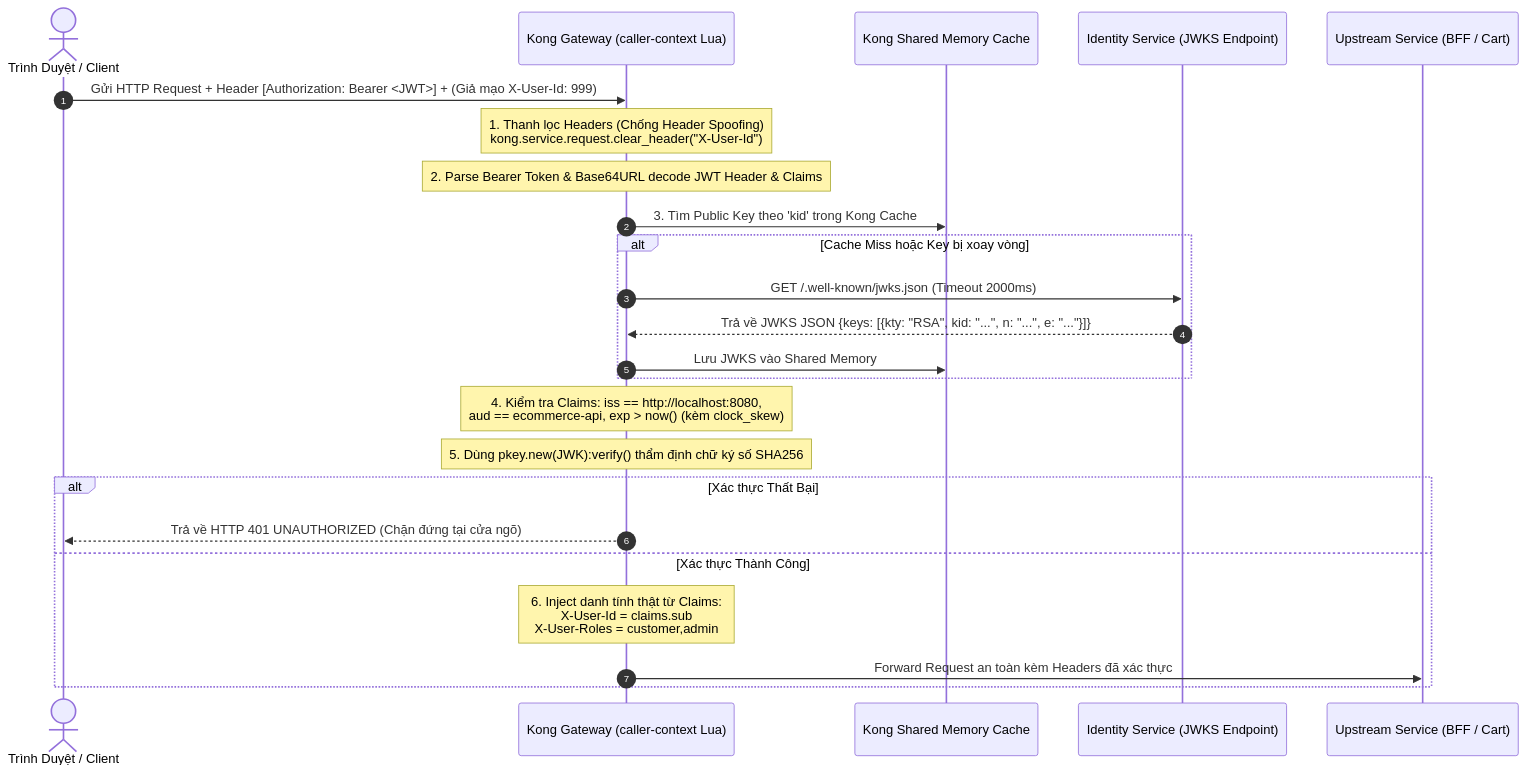
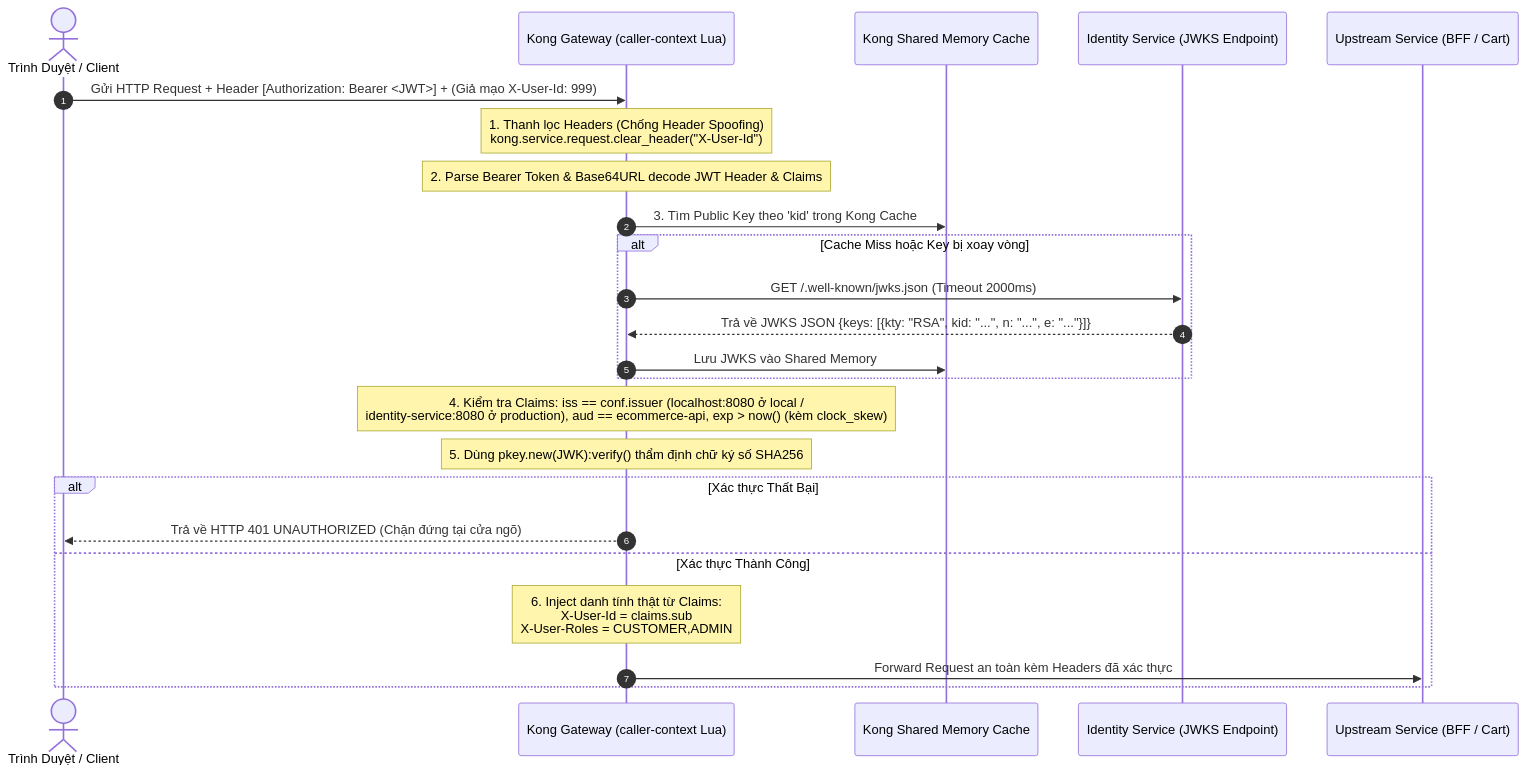
One commit to tuoitho/dreamshop changed the second of 4 diagrams in docs/architecture-evaluation/02-bao-mat-xac-thuc-va-api-gateway.md. Above: the diagram before and after it, drawn with Mermaid. The commit also changed other lines of this file and 40 other files, not shown here.

````diff
--- a/docs/architecture-evaluation/02-bao-mat-xac-thuc-va-api-gateway.md
+++ b/docs/architecture-evaluation/02-bao-mat-xac-thuc-va-api-gateway.md
@@ -45,27 +45,27 @@
 ```mermaid
 sequenceDiagram
     autonumber
     actor Client as Trình Duyệt / Client
     participant Kong as Kong Gateway (caller-context Lua)
     participant Cache as Kong Shared Memory Cache
     participant IdP as Identity Service (JWKS Endpoint)
     participant Upstream as Upstream Service (BFF / Cart)
 
     Client->>Kong: Gửi HTTP Request + Header [Authorization: Bearer <JWT>] + (Giả mạo X-User-Id: 999)
     Note over Kong: 1. Thanh lọc Headers (Chống Header Spoofing)<br/>kong.service.request.clear_header("X-User-Id")
     Note over Kong: 2. Parse Bearer Token & Base64URL decode JWT Header & Claims
     Kong->>Cache: 3. Tìm Public Key theo 'kid' trong Kong Cache
     alt Cache Miss hoặc Key bị xoay vòng
         Kong->>IdP: GET /.well-known/jwks.json (Timeout 2000ms)
         IdP-->>Kong: Trả về JWKS JSON {keys: [{kty: "RSA", kid: "...", n: "...", e: "..."}]}
         Kong->>Cache: Lưu JWKS vào Shared Memory
     end
-    Note over Kong: 4. Kiểm tra Claims: iss == http://localhost:8080,<br/>aud == ecommerce-api, exp > now() (kèm clock_skew)
+    Note over Kong: 4. Kiểm tra Claims: iss == conf.issuer (localhost:8080 ở local /<br/>identity-service:8080 ở production), aud == ecommerce-api, exp > now() (kèm clock_skew)
     Note over Kong: 5. Dùng pkey.new(JWK):verify() thẩm định chữ ký số SHA256
     alt Xác thực Thất Bại
         Kong-->>Client: Trả về HTTP 401 UNAUTHORIZED (Chặn đứng tại cửa ngõ)
     else Xác thực Thành Công
-        Note over Kong: 6. Inject danh tính thật từ Claims:<br/>X-User-Id = claims.sub<br/>X-User-Roles = customer,admin
+        Note over Kong: 6. Inject danh tính thật từ Claims:<br/>X-User-Id = claims.sub<br/>X-User-Roles = CUSTOMER,ADMIN
         Kong->>Upstream: Forward Request an toàn kèm Headers đã xác thực
     end
 ```
````
